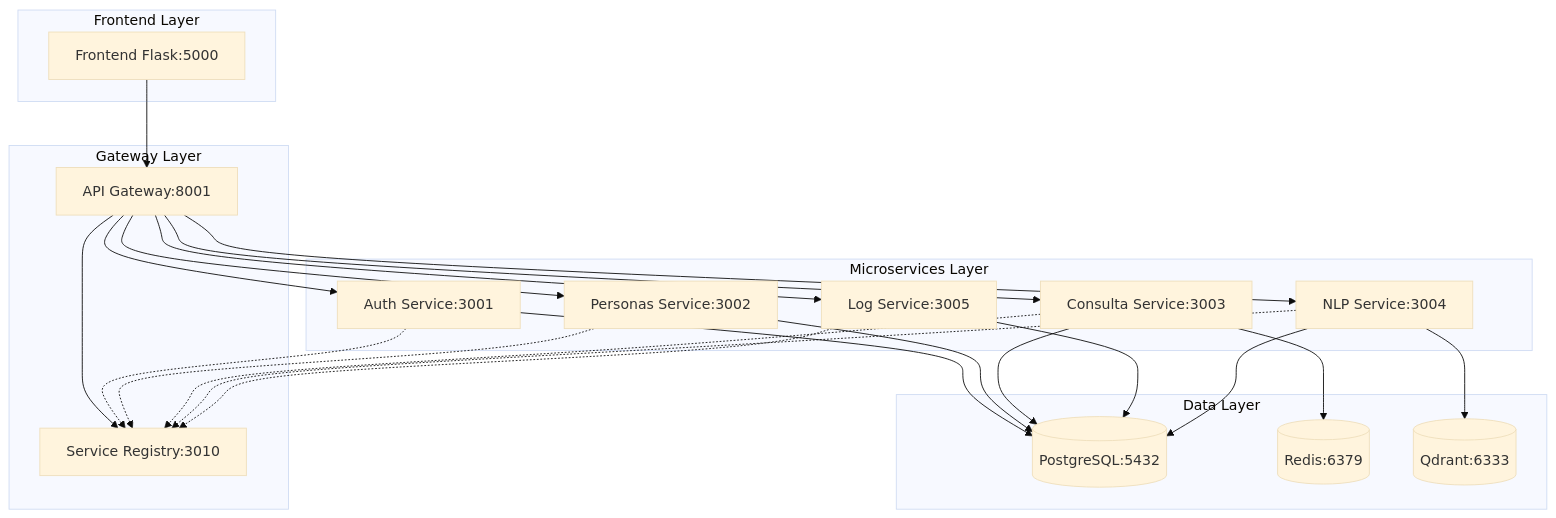
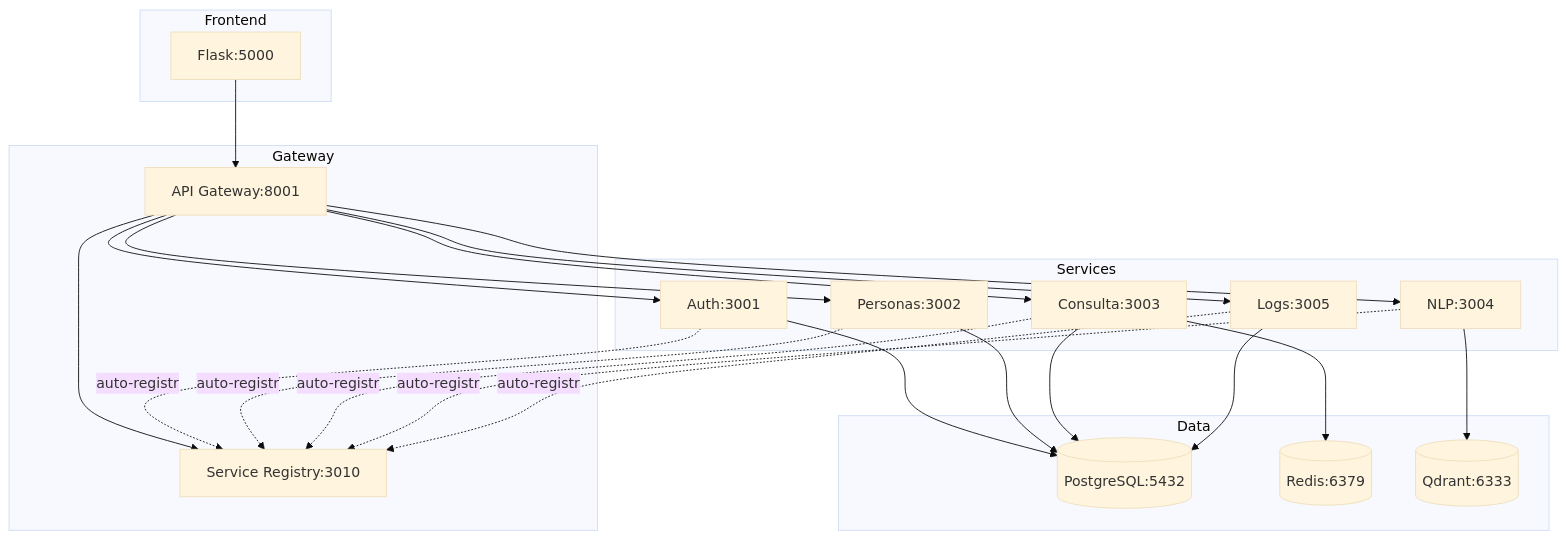
The first of 2 diagrams in README.md (flaviofuego/BaseProyectos), drawn with Mermaid (base theme) before and after one commit. The commit also changed other lines of this file, not shown here.

````diff
--- a/README.md
+++ b/README.md
@@ -57,48 +18,33 @@
 ```mermaid
 graph TB
-    subgraph "Frontend Layer"
-        WEB[Frontend Flask:5000]
+    subgraph Frontend
+        WEB[Flask:5000]
     end
     
-    subgraph "Gateway Layer"
+    subgraph Gateway
         GW[API Gateway:8001]
         SR[Service Registry:3010]
     end
     
-    subgraph "Microservices Layer"
-        AUTH[Auth Service:3001]
-        PERS[Personas Service:3002]
-        CONS[Consulta Service:3003]
-        NLP[NLP Service:3004]
-        LOG[Log Service:3005]
+    subgraph Services
+        AUTH[Auth:3001]
+        PERS[Personas:3002]
+        CONS[Consulta:3003]
+        NLP[NLP:3004]
+        LOG[Logs:3005]
     end
     
-    subgraph "Data Layer"
+    subgraph Data
         PG[(PostgreSQL:5432)]
         RD[(Redis:6379)]
         QD[(Qdrant:6333)]
     end
     
     WEB --> GW
     GW --> SR
-    GW --> AUTH
-    GW --> PERS
-    GW --> CONS
-    GW --> NLP
-    GW --> LOG
-    
-    AUTH -.-> SR
-    PERS -.-> SR
-    CONS -.-> SR
-    NLP -.-> SR
-    LOG -.-> SR
-    
-    AUTH --> PG
-    PERS --> PG
-    CONS --> PG
-    LOG --> PG
-    
+    GW --> AUTH & PERS & CONS & NLP & LOG
+    AUTH & PERS & CONS & NLP & LOG -.auto-registro.-> SR
+    AUTH & PERS & CONS & LOG --> PG
     CONS --> RD
     NLP --> QD
-    NLP --> PG
 ```
````
